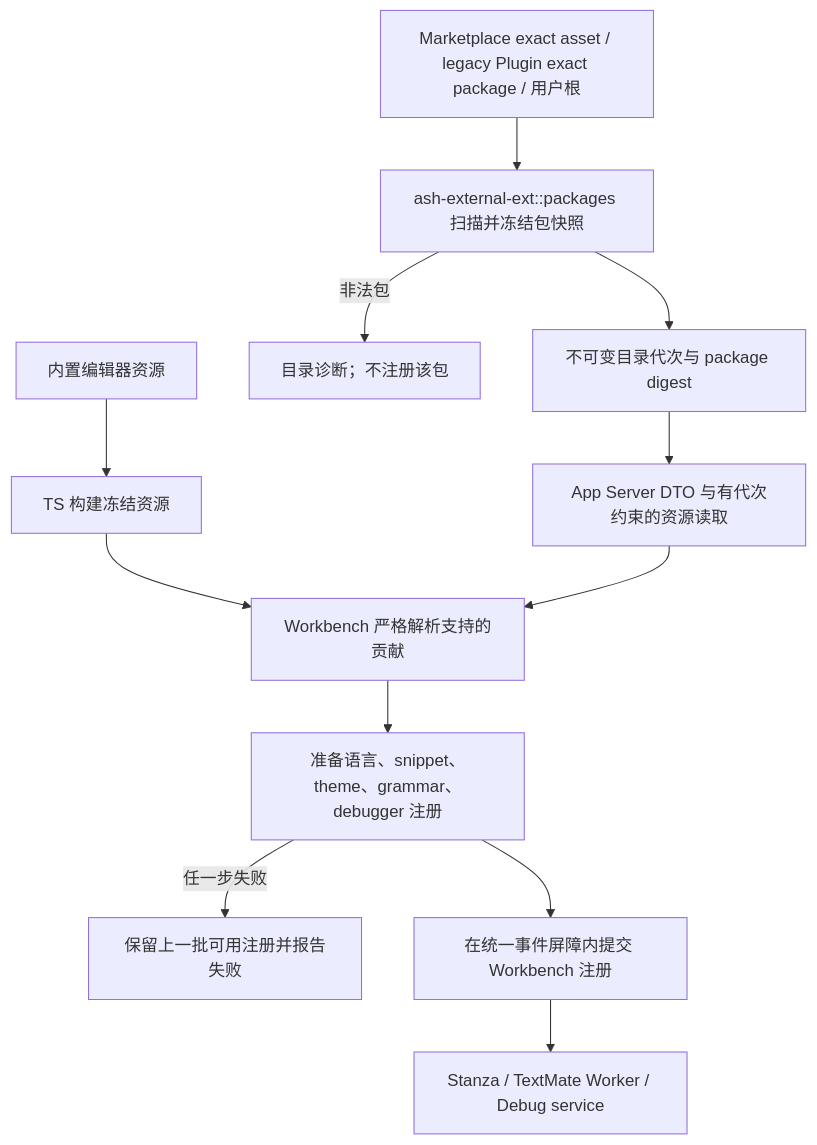
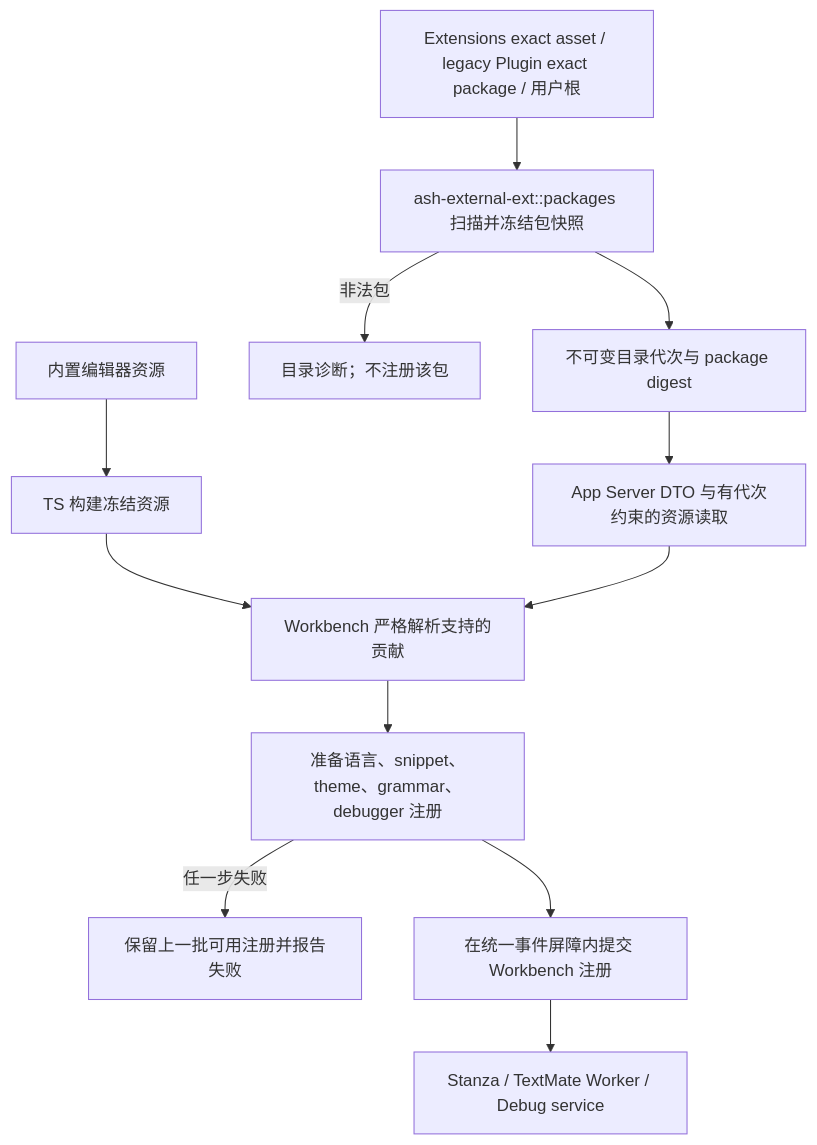
One commit to chogng/ash changed the fourth of 5 diagrams in docs/editor-extensions.md. Above: the diagram before and after it, drawn with Mermaid. The commit also changed other lines of this file and 342 other files, not shown here.

First line of the commit message:
refactor: rename Marketplace references to Extensions in tests

````diff
--- a/docs/editor-extensions.md
+++ b/docs/editor-extensions.md
@@ -504,14 +530,14 @@
 ```mermaid
 flowchart TD
     builtin["内置编辑器资源"] --> build["TS 构建冻结资源"]
     build --> parse
-    package["Marketplace exact asset / legacy Plugin exact package / 用户根"] --> scan["ash-external-ext::packages 扫描并冻结包快照"]
+    package["Extensions exact asset / legacy Plugin exact package / 用户根"] --> scan["ash-external-ext::packages 扫描并冻结包快照"]
     scan -->|非法包| diagnostic["目录诊断；不注册该包"]
     scan --> catalog["不可变目录代次与 package digest"]
     catalog --> protocol["App Server DTO 与有代次约束的资源读取"]
     protocol --> parse["Workbench 严格解析支持的贡献"]
     parse --> prepare["准备语言、snippet、theme、grammar、debugger 注册"]
     prepare -->|任一步失败| previous["保留上一批可用注册并报告失败"]
     prepare --> commit["在统一事件屏障内提交 Workbench 注册"]
     commit --> consumers["Stanza / TextMate Worker / Debug service"]
 ```
````
